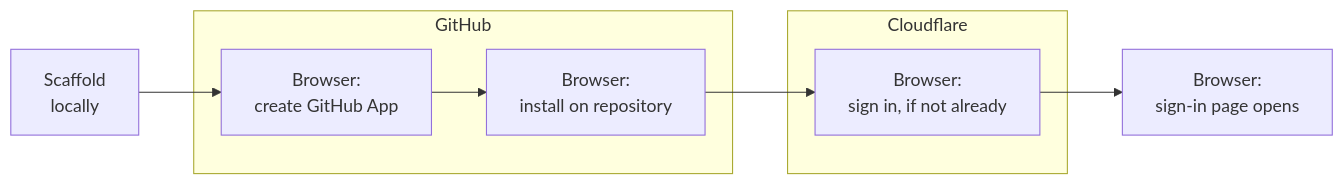
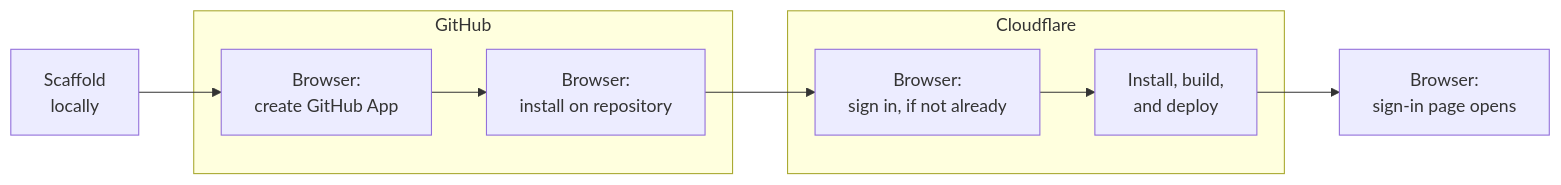
Before and after one commit to glw907/cairn-cms: the diagram in docs/admin/create-your-site.md, drawn with Mermaid. The commit also changed other lines of this file and 11 other files, not shown here.

````diff
--- a/docs/admin/create-your-site.md
+++ b/docs/admin/create-your-site.md
@@ -70,23 +70,25 @@
 ```mermaid
 flowchart LR
   accTitle: Diagram of the setup journey from scaffold to sign-in, with browser moments flagged
   accDescr: The tool moves through four stages: scaffolding your site locally, creating it on GitHub, creating it on Cloudflare, and signing you in. Browser moments punctuate the GitHub and Cloudflare stages: creating the GitHub App, installing it on your new repository, an optional Cloudflare sign-in if you aren't already signed in, and the sign-in page the tool opens at the end.
 
   scaffold["Scaffold<br/>locally"]
 
   subgraph github["GitHub"]
     createApp["Browser:<br/>create GitHub App"]
     installApp["Browser:<br/>install on repository"]
     createApp --> installApp
   end
 
   subgraph cloudflare["Cloudflare"]
     cfSignin["Browser:<br/>sign in, if not already"]
+    cfDeploy["Install, build,<br/>and deploy"]
+    cfSignin --> cfDeploy
   end
 
   signin["Browser:<br/>sign-in page opens"]
 
   scaffold --> createApp
   installApp --> cfSignin
-  cfSignin --> signin
+  cfDeploy --> signin
 ```
````
